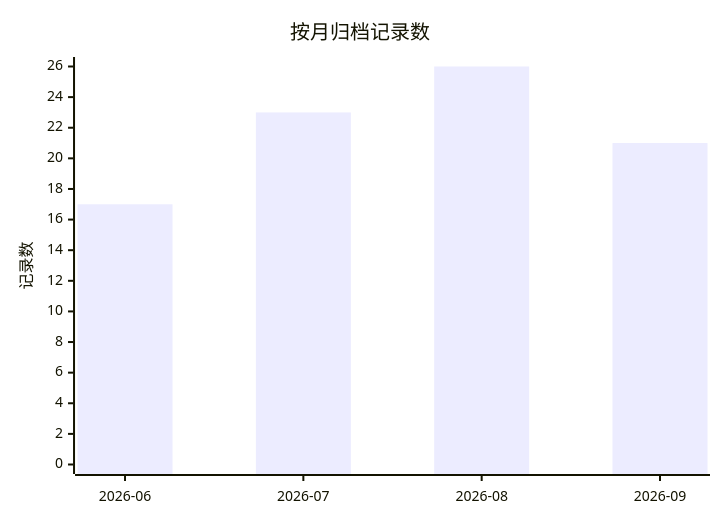
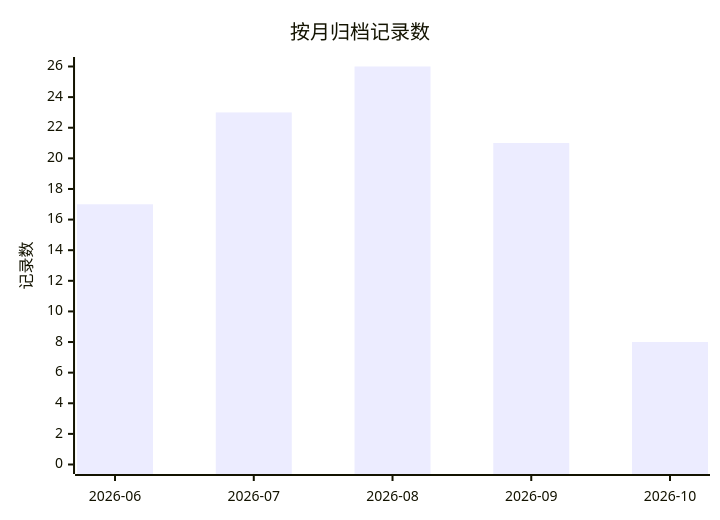
One commit to golddream-y/obsidian-ratel changed the first of 2 diagrams in docs/superpowers/ARCHIVE.md. Above: the diagram before and after it, drawn with Mermaid. The commit also changed other lines of this file and 26 other files, not shown here.

````diff
--- a/docs/superpowers/ARCHIVE.md
+++ b/docs/superpowers/ARCHIVE.md
@@ -14,7 +14,7 @@
 ```mermaid
 xychart-beta
     title "按月归档记录数"
-    x-axis ["2026-06", "2026-07", "2026-08", "2026-09"]
+    x-axis ["2026-06", "2026-07", "2026-08", "2026-09", "2026-10"]
     y-axis "记录数" 0 --> 26
-    bar [17, 23, 26, 21]
+    bar [17, 23, 26, 21, 8]
 ```
````
